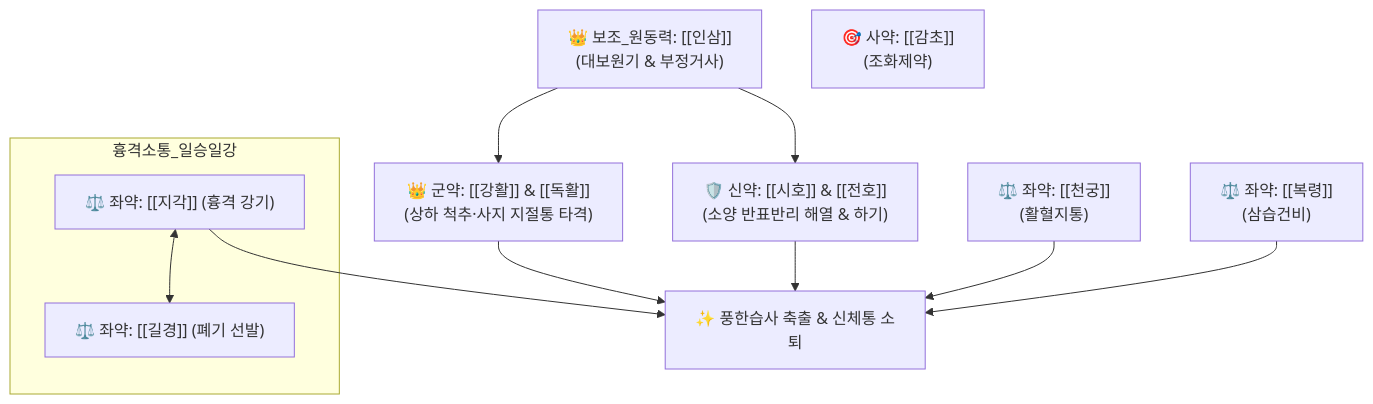
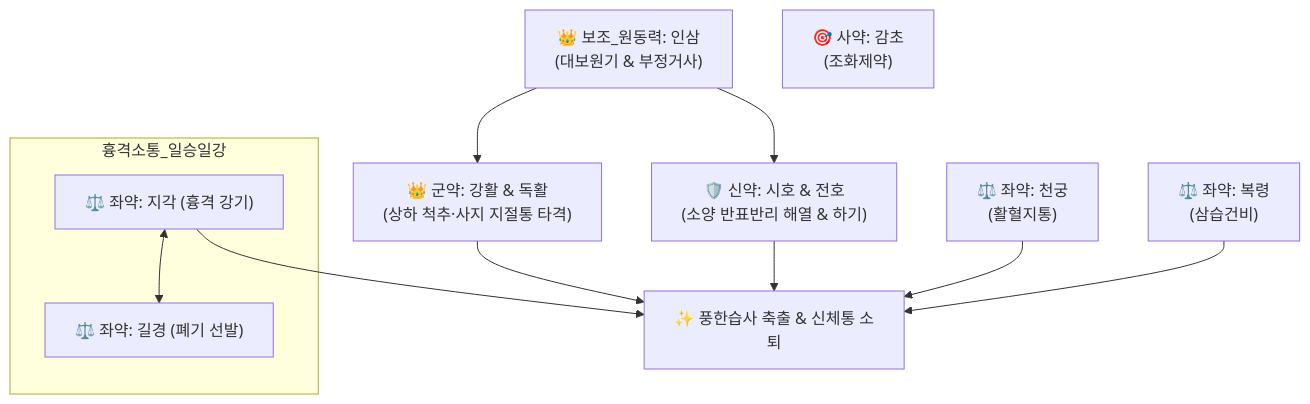
One commit to simbio11/simbio-digital-garden2 changed the diagram in content/2. 약리 공부/처방/01_해표제/패독산.md. Above: the diagram before and after it, drawn with Mermaid. The commit also changed other lines of this file and 323 other files, not shown here.

````diff
--- a/content/2. 약리 공부/처방/01_해표제/패독산.md
+++ b/content/2. 약리 공부/처방/01_해표제/패독산.md
@@ -50,14 +53,14 @@
 ```mermaid
 graph TD
-    IS["👑 보조_원동력: [[인삼]]<br>(대보원기 & 부정거사)"] --> KD["👑 군약: [[강활]] & [[독활]]<br>(상하 척추·사지 지절통 타격)"]
-    IS --> SP["🛡️ 신약: [[시호]] & [[전호]]<br>(소양 반표반리 해열 & 하기)"]
+    IS["👑 보조_원동력: 인삼<br>(대보원기 & 부정거사)"] --> KD["👑 군약: 강활 & 독활<br>(상하 척추·사지 지절통 타격)"]
+    IS --> SP["🛡️ 신약: 시호 & 전호<br>(소양 반표반리 해열 & 하기)"]
     subgraph 흉격소통_일승일강
-        JG["⚖️ 좌약: [[지각]] (흉격 강기)"] <--> GG["⚖️ 좌약: [[길경]] (폐기 선발)"]
+        JG["⚖️ 좌약: 지각 (흉격 강기)"] <--> GG["⚖️ 좌약: 길경 (폐기 선발)"]
     end
     KD --> Clear["✨ 풍한습사 축출 & 신체통 소퇴"]
     SP --> Clear
     JG --> Clear
-    CG["⚖️ 좌약: [[천궁]]<br>(활혈지통)"] --> Clear
-    FL["⚖️ 좌약: [[복령]]<br>(삼습건비)"] --> Clear
-    GC["🎯 사약: [[감초]]<br>(조화제약)"]
+    CG["⚖️ 좌약: 천궁<br>(활혈지통)"] --> Clear
+    FL["⚖️ 좌약: 복령<br>(삼습건비)"] --> Clear
+    GC["🎯 사약: 감초<br>(조화제약)"]
 ```
````
